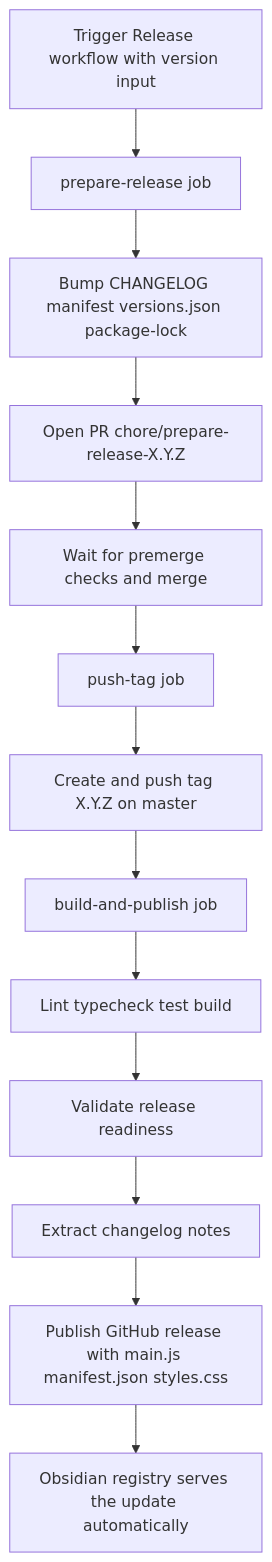
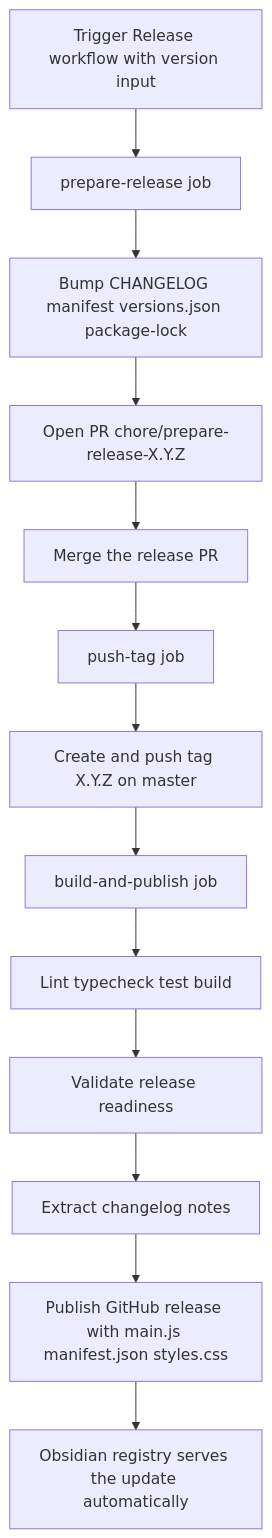
One commit to drebroff/obsidian-google-tasks-plugin changed the diagram in RELEASING.md. Above: the diagram before and after it, drawn with Mermaid. The commit also changed other lines of this file and 1 other file, not shown here.

Commit message:
ci: merge release PR directly when auto-merge is unavailable

````diff
--- a/RELEASING.md
+++ b/RELEASING.md
@@ -8,15 +8,15 @@
 ```mermaid
 flowchart TD
     A[Trigger Release workflow with version input] --> B[prepare-release job]
     B --> B1[Bump CHANGELOG manifest versions.json package-lock]
     B1 --> B2[Open PR chore/prepare-release-X.Y.Z]
-    B2 --> B3[Wait for premerge checks and merge]
+    B2 --> B3[Merge the release PR]
     B3 --> C[push-tag job]
     C --> C1[Create and push tag X.Y.Z on master]
     C1 --> D[build-and-publish job]
     D --> D1[Lint typecheck test build]
     D1 --> D2[Validate release readiness]
     D2 --> D3[Extract changelog notes]
     D3 --> D4[Publish GitHub release with main.js manifest.json styles.css]
     D4 --> E[Obsidian registry serves the update automatically]
 ```
````
